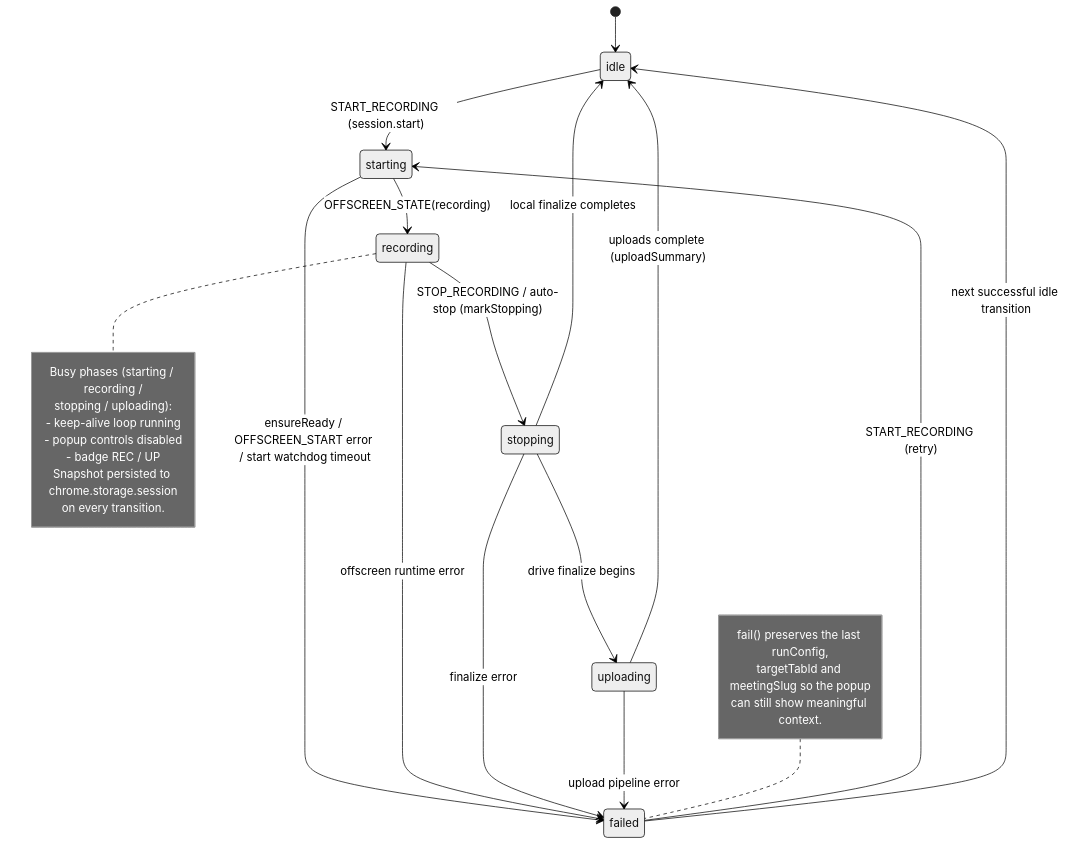
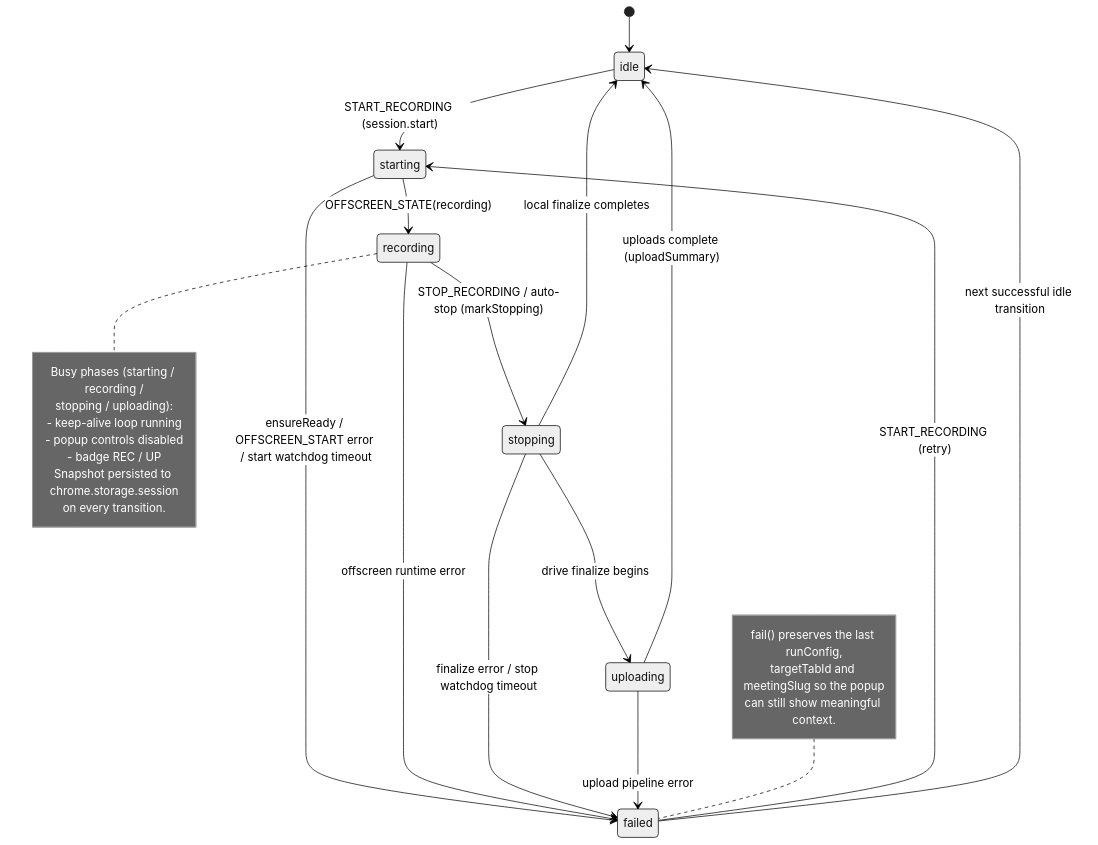
Before and after one commit to kstroevsky/chrome-meeting-recording-extension: the fifth of 17 diagrams in README.md, drawn with Mermaid (neutral theme). The commit also changed other lines of this file and 3 other files, not shown here.

````diff
--- a/README.md
+++ b/README.md
@@ -1348,32 +1359,32 @@
 ```mermaid
 stateDiagram-v2
     [*] --> idle
     idle --> starting: START_RECORDING (session.start)
     starting --> recording: OFFSCREEN_STATE(recording)
     starting --> failed: ensureReady / OFFSCREEN_START error / start watchdog timeout
     recording --> stopping: STOP_RECORDING / auto-stop (markStopping)
     recording --> failed: offscreen runtime error
     stopping --> uploading: drive finalize begins
     stopping --> idle: local finalize completes
-    stopping --> failed: finalize error
+    stopping --> failed: finalize error / stop watchdog timeout
     uploading --> idle: uploads complete (uploadSummary)
     uploading --> failed: upload pipeline error
     failed --> starting: START_RECORDING (retry)
     failed --> idle: next successful idle transition
 
     note right of recording
         Busy phases (starting / recording /
         stopping / uploading):
         - keep-alive loop running
         - popup controls disabled
         - badge REC / UP
         Snapshot persisted to chrome.storage.session
         on every transition.
     end note
 
     note left of failed
         fail() preserves the last runConfig,
         targetTabId and meetingSlug so the popup
         can still show meaningful context.
     end note
 ```
````
